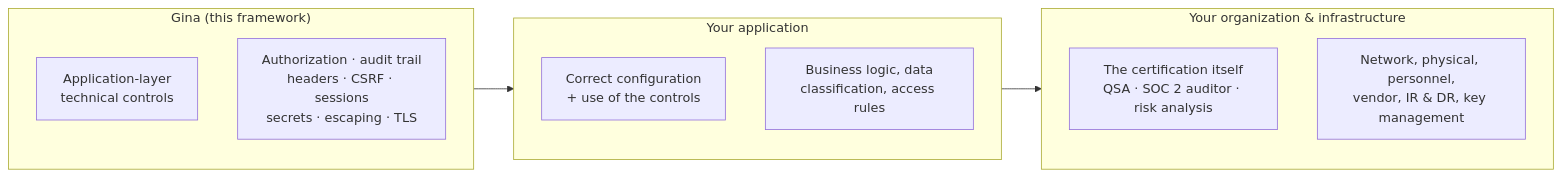
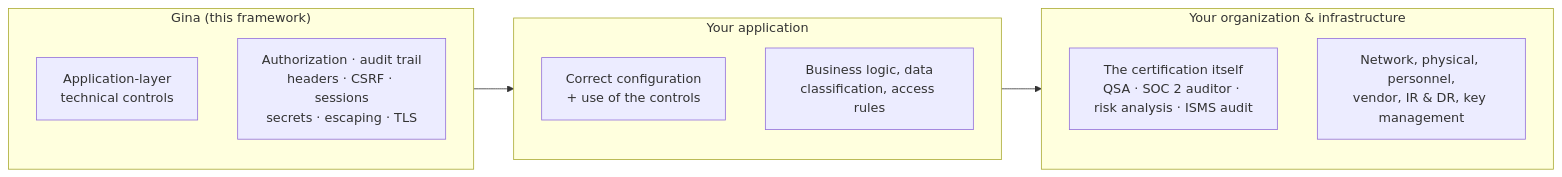
The diagram in docs/guides/compliance.md (gina-io/docs), drawn with Mermaid before and after one commit. The commit also changed other lines of this file and 1 other file, not shown here.

````diff
--- a/docs/guides/compliance.md
+++ b/docs/guides/compliance.md
@@ -45,19 +47,19 @@
 ```mermaid
 flowchart LR
     subgraph FW["Gina (this framework)"]
         direction TB
         F1["Application-layer<br/>technical controls"]
         F2["Authorization · audit trail<br/>headers · CSRF · sessions<br/>secrets · escaping · TLS"]
     end
     subgraph APP["Your application"]
         direction TB
         A1["Correct configuration<br/>+ use of the controls"]
         A2["Business logic, data<br/>classification, access rules"]
     end
     subgraph ORG["Your organization & infrastructure"]
         direction TB
-        O1["The certification itself<br/>QSA · SOC 2 auditor · risk analysis"]
+        O1["The certification itself<br/>QSA · SOC 2 auditor · risk analysis · ISMS audit"]
         O2["Network, physical, personnel,<br/>vendor, IR & DR, key management"]
     end
     FW --> APP --> ORG
 ```
````
